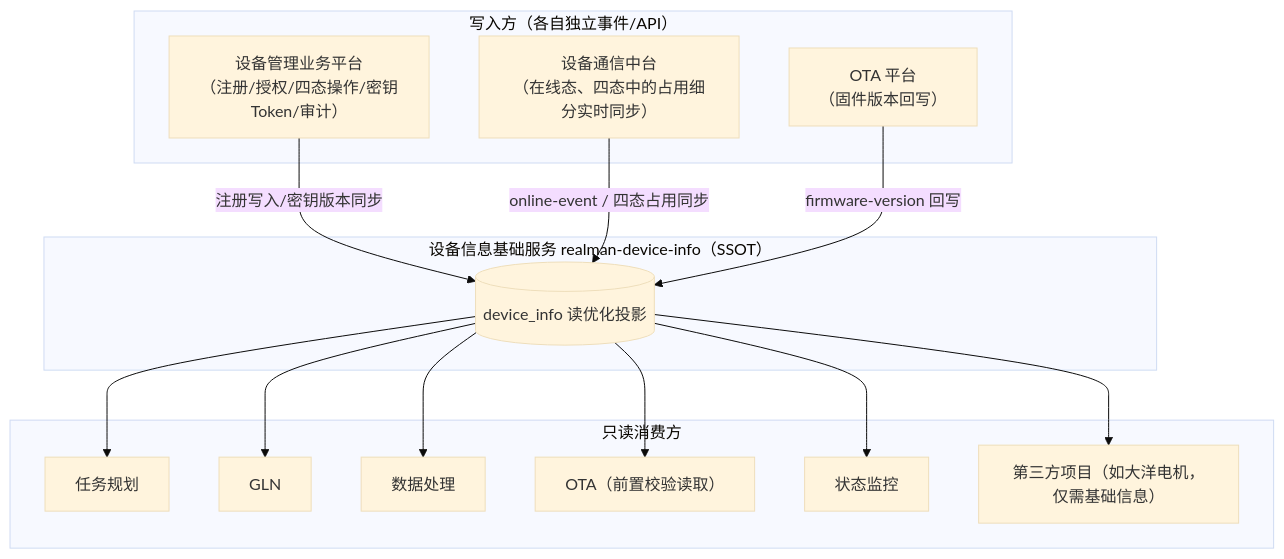
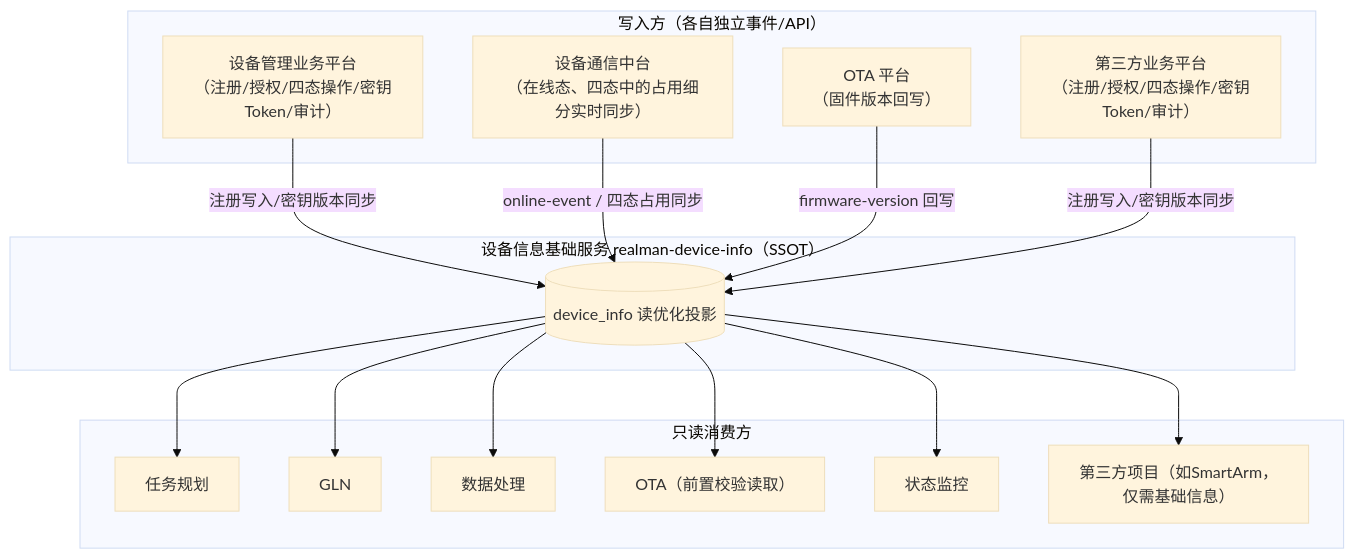
The first of 5 diagrams in docs/design/2026-07-08-device-foundation-detailed-design.md (zhenyue2021/realman), drawn with Mermaid (base theme) before and after one commit. The commit also changed other lines of this file, not shown here.

````diff
--- a/docs/design/2026-07-08-device-foundation-detailed-design.md
+++ b/docs/design/2026-07-08-device-foundation-detailed-design.md
@@ -27,26 +27,28 @@
 ```mermaid
 flowchart TB
   subgraph writers["写入方（各自独立事件/API）"]
     MGMT["设备管理业务平台\n（注册/授权/四态操作/密钥Token/审计）"]
     COMM["设备通信中台\n（在线态、四态中的占用细分实时同步）"]
     OTAP["OTA 平台\n（固件版本回写）"]
+    SMART["第三方业务平台\n（注册/授权/四态操作/密钥Token/审计）"]
   end
 
   subgraph ssot["设备信息基础服务 realman-device-info（SSOT）"]
     DB[("device_info 读优化投影")]
   end
 
   subgraph readers["只读消费方"]
     PLAN["任务规划"]
     GLN["GLN"]
     DP["数据处理"]
     OTAR["OTA（前置校验读取）"]
     MON["状态监控"]
-    THIRD["第三方项目（如大洋电机，仅需基础信息）"]
+    THIRD["第三方项目（如SmartArm，仅需基础信息）"]
   end
 
   MGMT -->|注册写入/密钥版本同步| DB
   COMM -->|online-event / 四态占用同步| DB
   OTAP -->|firmware-version 回写| DB
+  SMART -->|注册写入/密钥版本同步| DB
   DB --> PLAN & GLN & DP & OTAR & MON & THIRD
 ```
````
